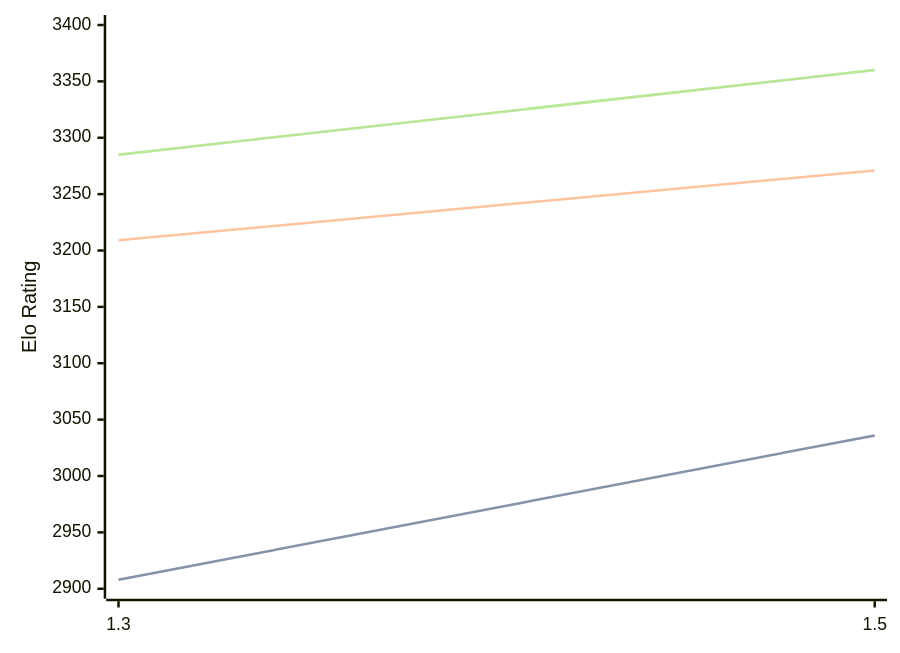
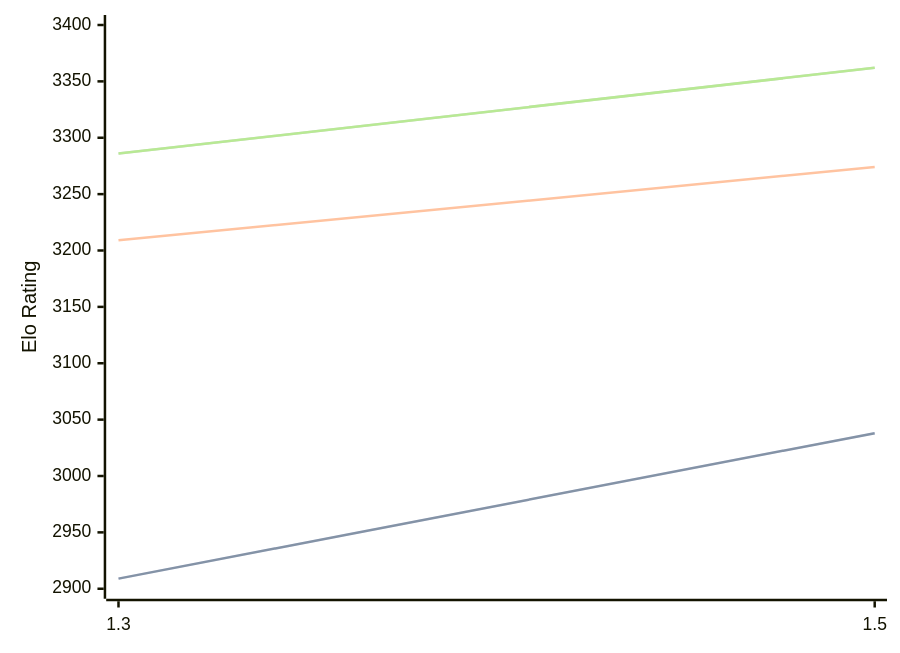
Before and after one commit to computer-chess-index/cci: the diagram in engines/Lambergar.md, drawn with Mermaid. The commit also changed other lines of this file, not shown here.

Commit message:
Update CCI Ratings (ELO VLTC) - 2026-08-26

````diff
--- a/engines/Lambergar.md
+++ b/engines/Lambergar.md
@@ -32,11 +32,11 @@
 ```mermaid
 %%{init: {"theme":"base","themeVariables":{"seriesColors:['#a3a3a3','#222221','#faa371']}}}%%
 xychart-beta
   x-axis ["1.3", "1.5"]
   y-axis "Elo Rating" 2900 --> 3400
-  line "STC (8.0+0.08s)" [2908, 3036]
-  line "STC (8.0+0.08s)" [2908, 3036]
-  line "LTC (60.0+0.60s)" [3209, 3271]
-  line "VLTC (2m24s+1.12s)" [3285, 3360]
-  line "VLTC (2m24s+1.12s)" [3285, 3360]
+  line "STC (8.0+0.08s)" [2909, 3038]
+  line "STC (8.0+0.08s)" [2909, 3038]
+  line "LTC (60.0+0.60s)" [3209, 3274]
+  line "VLTC (2m24s+1.12s)" [3286, 3362]
+  line "VLTC (2m24s+1.12s)" [3286, 3362]
 ```
````
